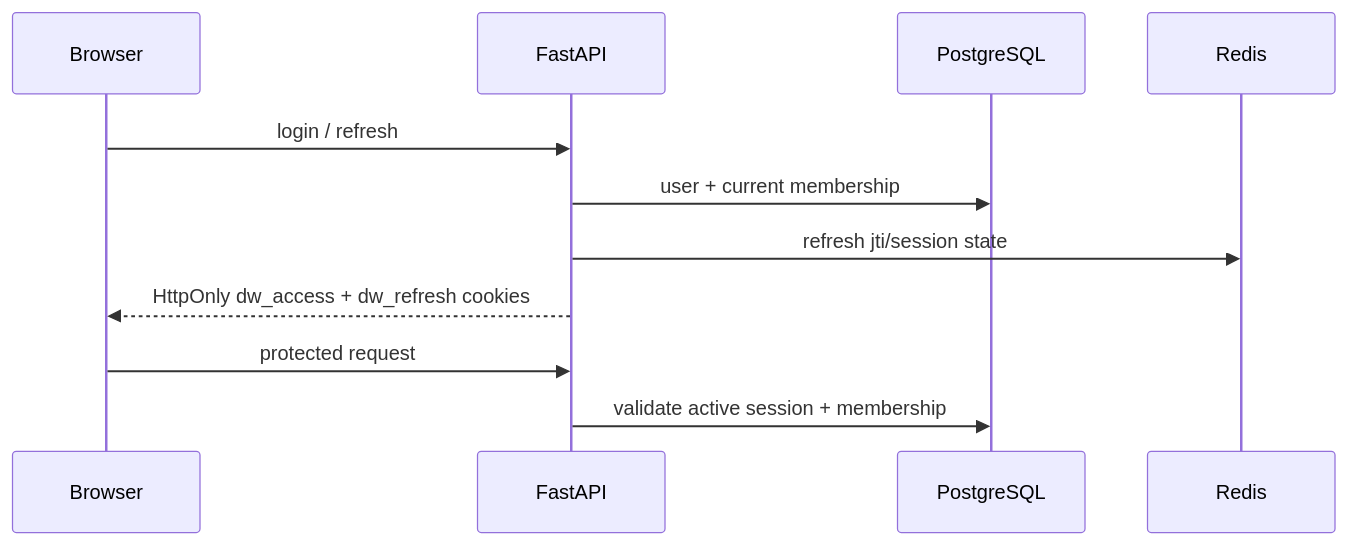
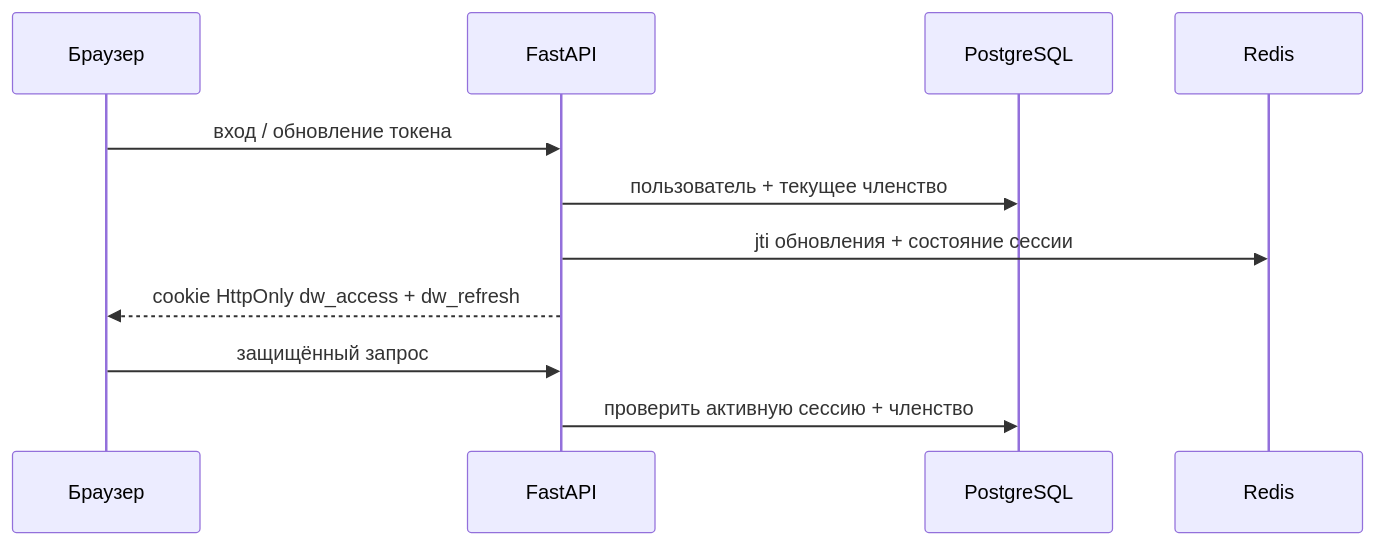
Before and after one commit to vladweat/docwise: the diagram in docs/platform/auth.md, drawn with Mermaid. The commit also changed other lines of this file and 51 other files, not shown here.

````diff
--- a/docs/platform/auth.md
+++ b/docs/platform/auth.md
@@ -8,13 +8,13 @@
 ```mermaid
 sequenceDiagram
-  participant Browser
+  participant Browser as Браузер
   participant API as FastAPI
   participant DB as PostgreSQL
   participant R as Redis
-  Browser->>API: login / refresh
-  API->>DB: user + current membership
-  API->>R: refresh jti/session state
-  API-->>Browser: HttpOnly dw_access + dw_refresh cookies
-  Browser->>API: protected request
-  API->>DB: validate active session + membership
+  Browser->>API: вход / обновление токена
+  API->>DB: пользователь + текущее членство
+  API->>R: jti обновления + состояние сессии
+  API-->>Browser: cookie HttpOnly dw_access + dw_refresh
+  Browser->>API: защищённый запрос
+  API->>DB: проверить активную сессию + членство
 ```
````
